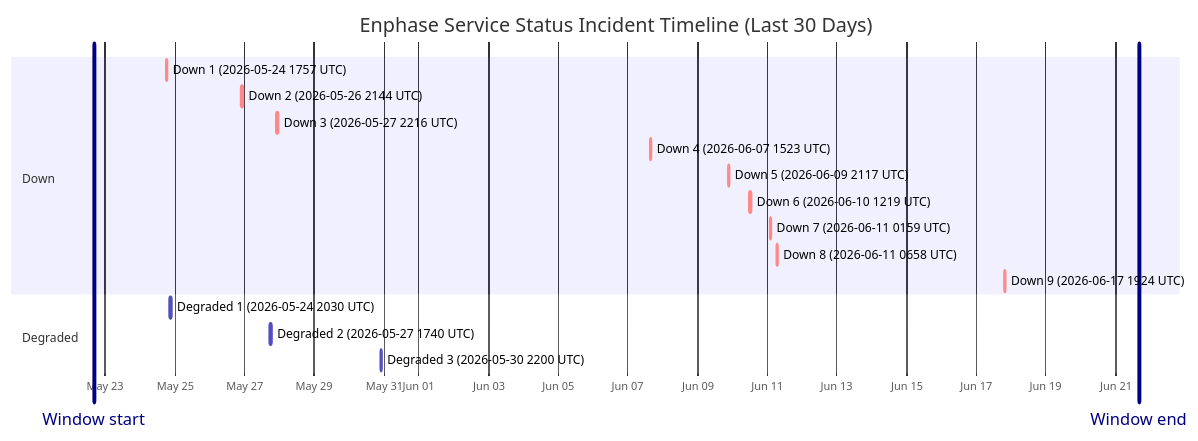
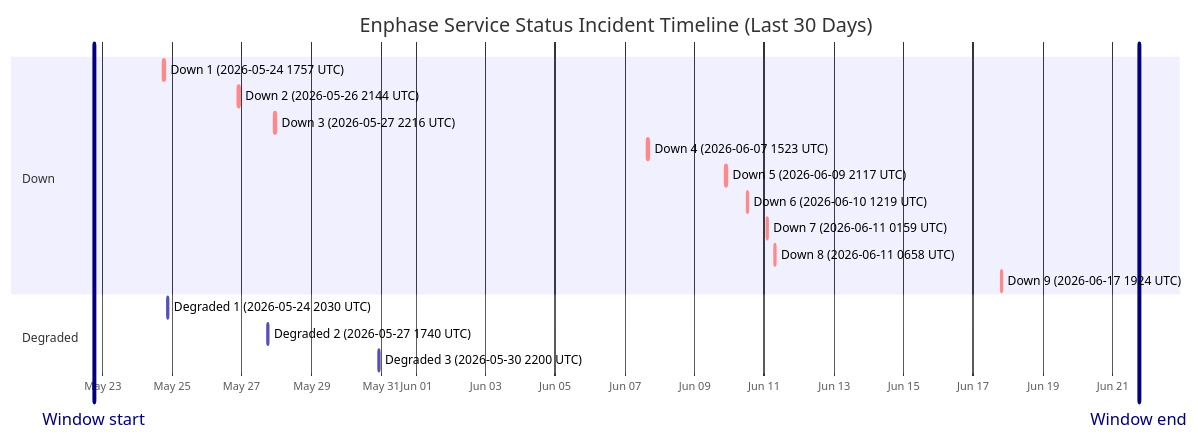
One commit to barneyonline/ha-enphase-energy changed the diagram in wiki/Service-Status-History.md. Above: the diagram before and after it, drawn with Mermaid. The commit also changed other lines of this file and 3 other files, not shown here.

````diff
--- a/wiki/Service-Status-History.md
+++ b/wiki/Service-Status-History.md
@@ -14,22 +14,22 @@
 ```mermaid
 gantt
     title Enphase Service Status Incident Timeline (Last 30 Days)
     dateFormat  YYYY-MM-DDTHH:mm:ss
     axisFormat  %b %d
-    Window start :vert, window-start, 2026-05-22T16:14:27, 0ms
-    Window end :vert, window-end, 2026-06-21T16:14:27, 0ms
+    Window start :vert, window-start, 2026-05-22T18:04:38, 0ms
+    Window end :vert, window-end, 2026-06-21T18:04:38, 0ms
     section Down
     Down 1 (2026-05-24 1757 UTC) :crit, down-1, 2026-05-24T17:57:41, 86m
     Down 2 (2026-05-26 2144 UTC) :crit, down-2, 2026-05-26T21:44:11, 85m
     Down 3 (2026-05-27 2216 UTC) :crit, down-3, 2026-05-27T22:16:53, 87m
     Down 4 (2026-06-07 1523 UTC) :crit, down-4, 2026-06-07T15:23:22, 87m
     Down 5 (2026-06-09 2117 UTC) :crit, down-5, 2026-06-09T21:17:17, 60m
     Down 6 (2026-06-10 1219 UTC) :crit, down-6, 2026-06-10T12:19:21, 60m
     Down 7 (2026-06-11 0159 UTC) :crit, down-7, 2026-06-11T01:59:36, 60m
     Down 8 (2026-06-11 0658 UTC) :crit, down-8, 2026-06-11T06:58:45, 60m
     Down 9 (2026-06-17 1924 UTC) :crit, down-9, 2026-06-17T19:24:51, 60m
     section Degraded
     Degraded 1 (2026-05-24 2030 UTC) :active, degraded-1, 2026-05-24T20:30:57, 84m
     Degraded 2 (2026-05-27 1740 UTC) :active, degraded-2, 2026-05-27T17:40:52, 60m
     Degraded 3 (2026-05-30 2200 UTC) :active, degraded-3, 2026-05-30T22:00:37, 60m
 ```
````
